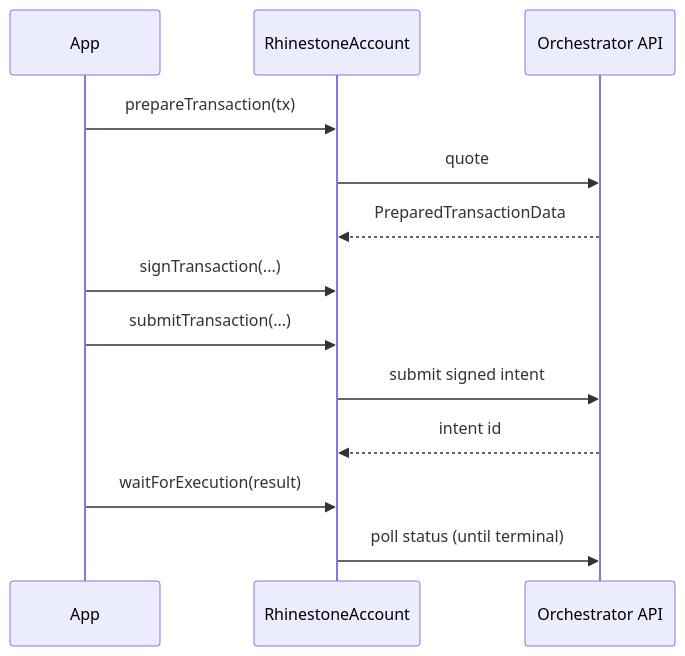
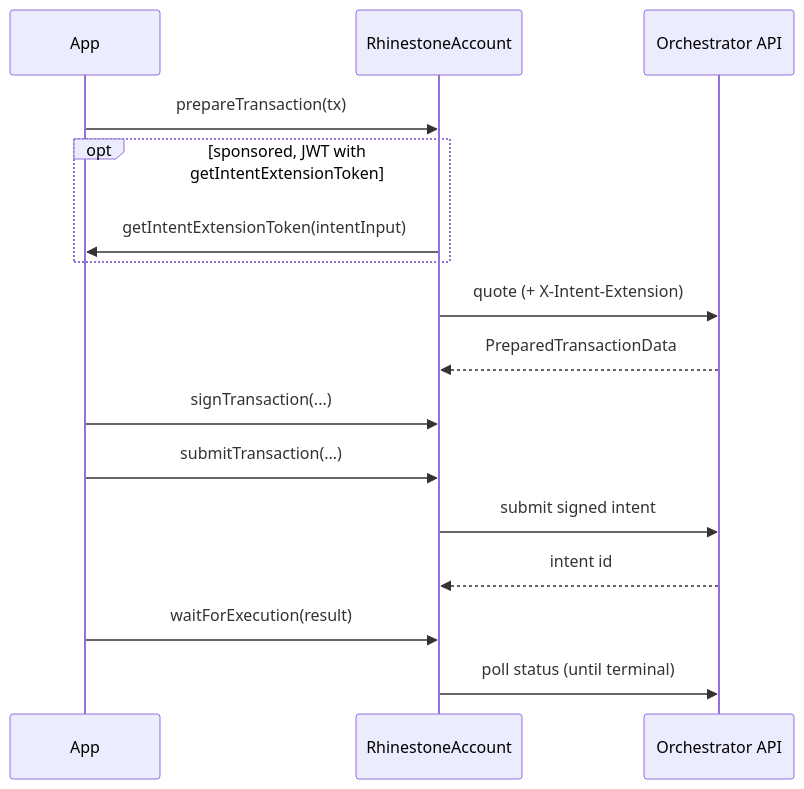
Before and after one commit to rhinestonewtf/sdk: the second of 2 diagrams in docs/architecture.md, drawn with Mermaid. The commit also changed other lines of this file and 38 other files, not shown here.

````diff
--- a/docs/architecture.md
+++ b/docs/architecture.md
@@ -305,15 +315,18 @@
 ```mermaid
 sequenceDiagram
   participant App
   participant Account as RhinestoneAccount
   participant Orch as Orchestrator API
   App->>Account: prepareTransaction(tx)
-  Account->>Orch: quote
+  opt sponsored, JWT with getIntentExtensionToken
+    Account->>App: getIntentExtensionToken(intentInput)
+  end
+  Account->>Orch: quote (+ X-Intent-Extension)
   Orch-->>Account: PreparedTransactionData
   App->>Account: signTransaction(...)
   App->>Account: submitTransaction(...)
   Account->>Orch: submit signed intent
   Orch-->>Account: intent id
   App->>Account: waitForExecution(result)
   Account->>Orch: poll status (until terminal)
 ```
````
